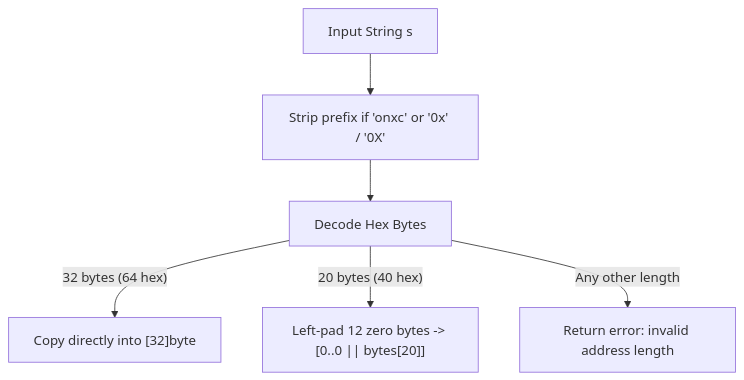
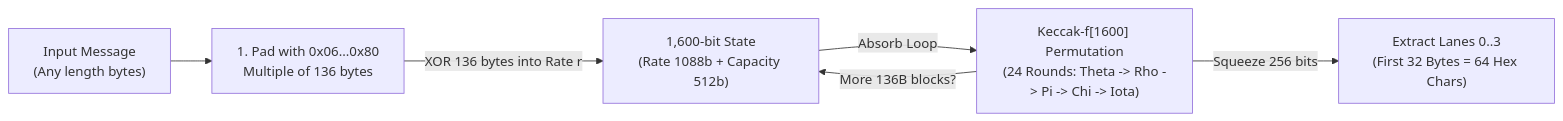
One commit to oenexa/oenexa-docs changed the diagram in 02-cryptography/01_hashing_and_addresses.md. Above: the diagram before and after it, drawn with Mermaid. The commit also changed other lines of this file and 14 other files, not shown here.

````diff
--- a/02-cryptography/01_hashing_and_addresses.md
+++ b/02-cryptography/01_hashing_and_addresses.md
@@ -72,8 +45,8 @@
 ```mermaid
-flowchart TD
-    In["Input String s"] --> Trim["Strip prefix if 'onxc' or '0x' / '0X'"]
-    Trim --> Hex["Decode Hex Bytes"]
-    Hex -->|"32 bytes (64 hex)"| Direct["Copy directly into [32]byte"]
-    Hex -->|"20 bytes (40 hex)"| Pad["Left-pad 12 zero bytes -> [0..0 || bytes[20]]"]
-    Hex -->|"Any other length"| Err["Return error: invalid address length"]
+flowchart LR
+    Msg["Input Message\n(Any length bytes)"] --> Pad["1. Pad with 0x06...0x80\nMultiple of 136 bytes"]
+    Pad -->|"XOR 136 bytes into Rate r"| State["1,600-bit State\n(Rate 1088b + Capacity 512b)"]
+    State -->|"Absorb Loop"| Perm["Keccak-f[1600] Permutation\n(24 Rounds: Theta -> Rho -> Pi -> Chi -> Iota)"]
+    Perm -->|"More 136B blocks?"| State
+    Perm -->|"Squeeze 256 bits"| Out["Extract Lanes 0..3\n(First 32 Bytes = 64 Hex Chars)"]
 ```
````
